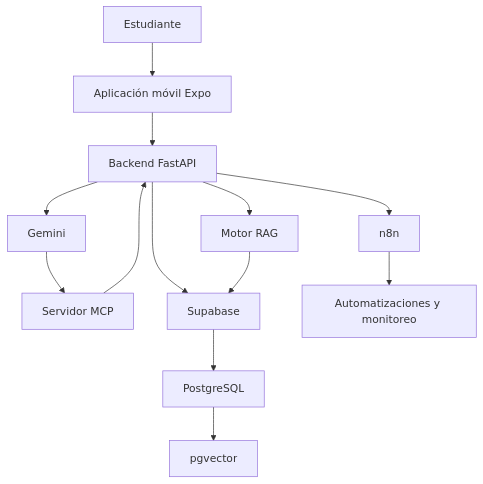
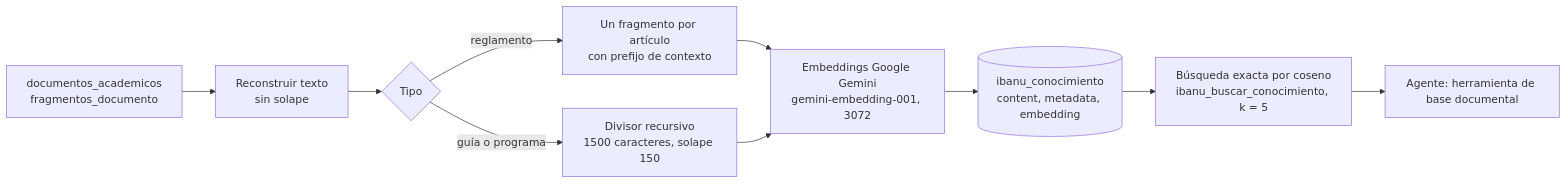
The third of 3 diagrams in README.md (karolsaavedra/iBanu), drawn with Mermaid before and after one commit. The commit also changed other lines of this file and 38 other files, not shown here.

````diff
--- a/README.md
+++ b/README.md
@@ -39,15 +249,12 @@
 ```mermaid
-flowchart TB
-    A[Estudiante] --> B[Aplicación móvil Expo]
-    B --> C[Backend FastAPI]
-    C --> D[Gemini]
-    D --> E[Servidor MCP]
-    E --> C
-    C --> F[Supabase]
-    F --> G[PostgreSQL]
-    G --> H[pgvector]
-    C --> I[Motor RAG]
-    I --> F
-    C --> J[n8n]
-    J --> K[Automatizaciones y monitoreo]
+flowchart LR
+    A[documentos_academicos<br/>fragmentos_documento] --> B[Reconstruir texto<br/>sin solape]
+    B --> C{Tipo}
+    C -- reglamento --> D[Un fragmento por artículo<br/>con prefijo de contexto]
+    C -- guía o programa --> E[Divisor recursivo<br/>1500 caracteres, solape 150]
+    D --> F[Embeddings Google Gemini<br/>gemini-embedding-001, 3072]
+    E --> F
+    F --> G[(ibanu_conocimiento<br/>content, metadata, embedding)]
+    G --> H[Búsqueda exacta por coseno<br/>ibanu_buscar_conocimiento, k = 5]
+    H --> I[Agente: herramienta de base documental]
 ```
````
